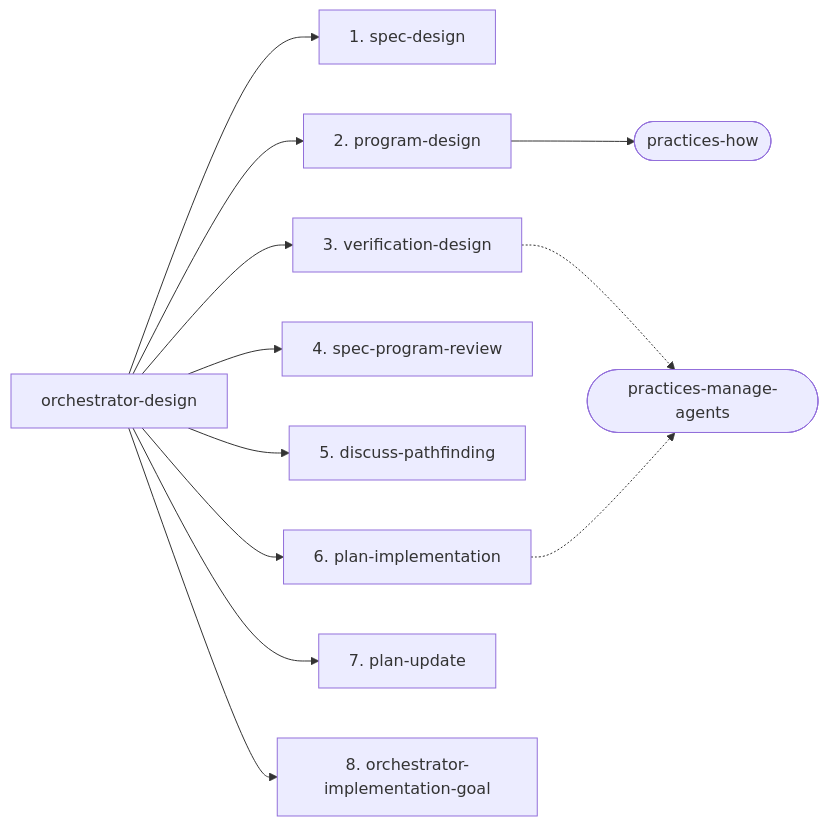
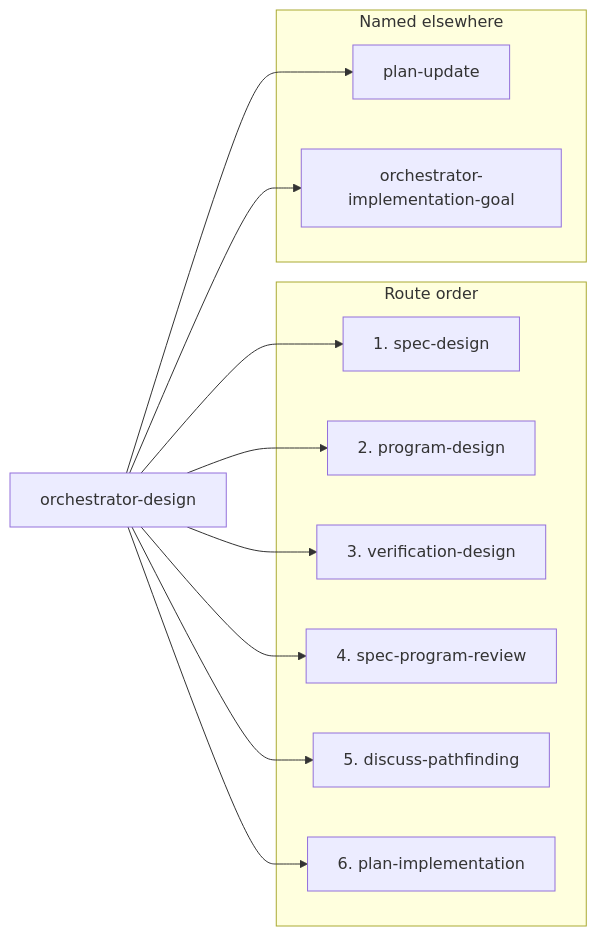
Before and after one commit to ShravanSunder/sunstack: the first of 4 diagrams in plugins/sunstack-dev/docs/phase-composition.md, drawn with Mermaid. The commit also changed other lines of this file and 5 other files, not shown here.

````diff
--- a/plugins/sunstack-dev/docs/phase-composition.md
+++ b/plugins/sunstack-dev/docs/phase-composition.md
@@ -48,15 +49,24 @@
 ```mermaid
 flowchart LR
   orchestrator_design["orchestrator-design"]
-  orchestrator_design --> spec_design["1. spec-design"]
-  orchestrator_design --> program_design["2. program-design"]
-  orchestrator_design --> verification_design["3. verification-design"]
-  orchestrator_design --> spec_program_review["4. spec-program-review"]
-  orchestrator_design --> discuss_pathfinding["5. discuss-pathfinding"]
-  orchestrator_design --> plan_implementation["6. plan-implementation"]
-  orchestrator_design --> plan_update["7. plan-update"]
-  orchestrator_design --> orchestrator_implementation_goal["8. orchestrator-implementation-goal"]
-  program_design --> practices_how(["practices-how"])
-  verification_design -.-> practices_manage_agents(["practices-manage-agents"])
-  plan_implementation -.-> practices_manage_agents(["practices-manage-agents"])
+  subgraph routed["Route order"]
+    spec_design["1. spec-design"]
+    program_design["2. program-design"]
+    verification_design["3. verification-design"]
+    spec_program_review["4. spec-program-review"]
+    discuss_pathfinding["5. discuss-pathfinding"]
+    plan_implementation["6. plan-implementation"]
+  end
+  subgraph elsewhere["Named elsewhere"]
+    plan_update["plan-update"]
+    orchestrator_implementation_goal["orchestrator-implementation-goal"]
+  end
+  orchestrator_design --> spec_design
+  orchestrator_design --> program_design
+  orchestrator_design --> verification_design
+  orchestrator_design --> spec_program_review
+  orchestrator_design --> discuss_pathfinding
+  orchestrator_design --> plan_implementation
+  orchestrator_design --> plan_update
+  orchestrator_design --> orchestrator_implementation_goal
 ```
````
